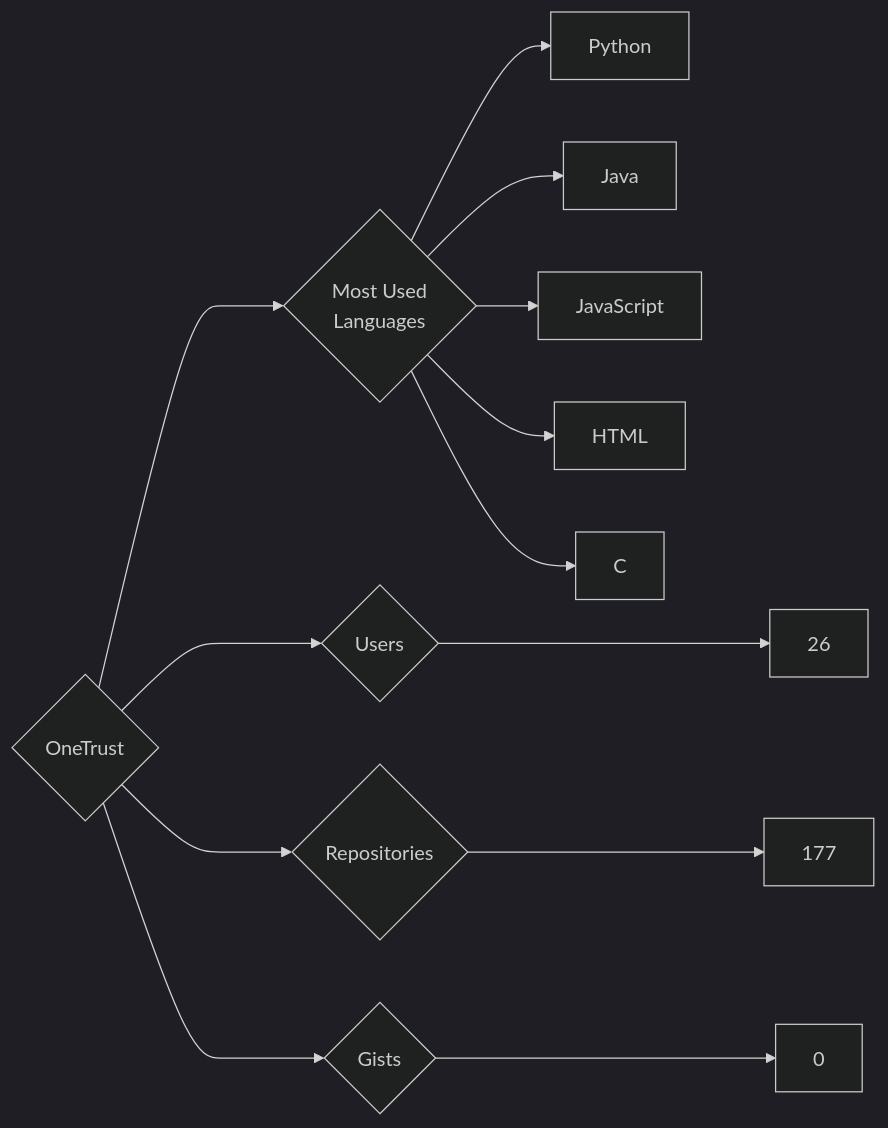
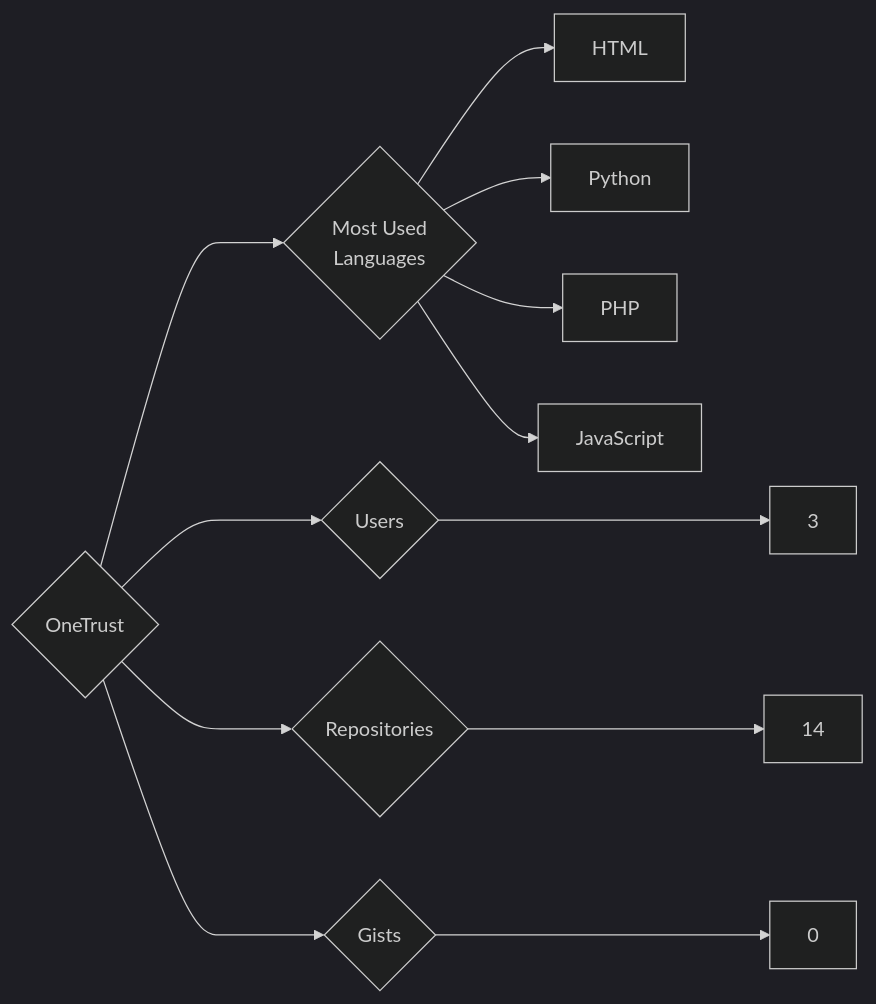
The diagram in targets/OneTrust/README.md (trickest/insiders), drawn with Mermaid (dark theme) before and after one commit. The commit also changed 997 other files, not shown here.

````diff
--- a/targets/OneTrust/README.md
+++ b/targets/OneTrust/README.md
@@ -3,13 +3,12 @@
 ```mermaid
 graph LR
 COMPANY_NAME{OneTrust}
-COMPANY_NAME ---> U{Users} ---> UN[26]
-COMPANY_NAME ---> R{Repositories} ---> RN[177]
+COMPANY_NAME ---> U{Users} ---> UN[3]
+COMPANY_NAME ---> R{Repositories} ---> RN[14]
 COMPANY_NAME ---> G{Gists} ---> GN[0]
 COMPANY_NAME ---> ML{Most Used<br>Languages}
-ML --> Python
-ML --> Java
-ML --> JavaScript
-ML --> HTML
-ML --> C
+ML --> HTML[HTML]
+ML --> Python[Python]
+ML --> PHP[PHP]
+ML --> JavaScript[JavaScript]
 ```
````
